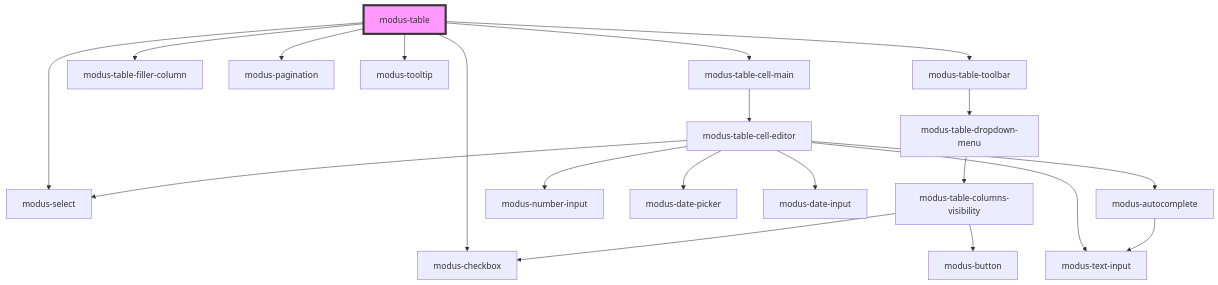
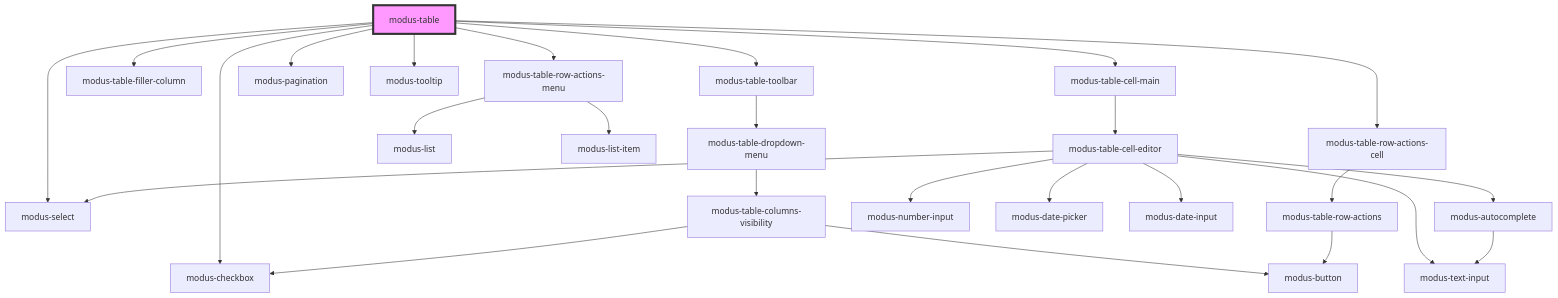
Before and after one commit to trimble-oss/modus-web-components: the diagram in stencil-workspace/src/components/modus-table/readme.md, drawn with Mermaid. The commit also changed other lines of this file and 49 other files, not shown here.

First line of the commit message:
Modus Table - Add row actions (#1857)

````diff
--- a/stencil-workspace/src/components/modus-table/readme.md
+++ b/stencil-workspace/src/components/modus-table/readme.md
@@ -94,23 +97,29 @@
 ```mermaid
 graph TD;
   modus-table --> modus-table-toolbar
   modus-table --> modus-table-filler-column
+  modus-table --> modus-table-row-actions-menu
   modus-table --> modus-select
   modus-table --> modus-pagination
   modus-table --> modus-tooltip
   modus-table --> modus-checkbox
+  modus-table --> modus-table-row-actions-cell
   modus-table --> modus-table-cell-main
   modus-table-toolbar --> modus-table-dropdown-menu
   modus-table-dropdown-menu --> modus-table-columns-visibility
   modus-table-columns-visibility --> modus-checkbox
   modus-table-columns-visibility --> modus-button
+  modus-table-row-actions-menu --> modus-list
+  modus-table-row-actions-menu --> modus-list-item
+  modus-table-row-actions-cell --> modus-table-row-actions
+  modus-table-row-actions --> modus-button
   modus-table-cell-main --> modus-table-cell-editor
   modus-table-cell-editor --> modus-number-input
   modus-table-cell-editor --> modus-text-input
   modus-table-cell-editor --> modus-select
   modus-table-cell-editor --> modus-date-picker
   modus-table-cell-editor --> modus-date-input
   modus-table-cell-editor --> modus-autocomplete
   modus-autocomplete --> modus-text-input
   style modus-table fill:#f9f,stroke:#333,stroke-width:4px
 ```
````
